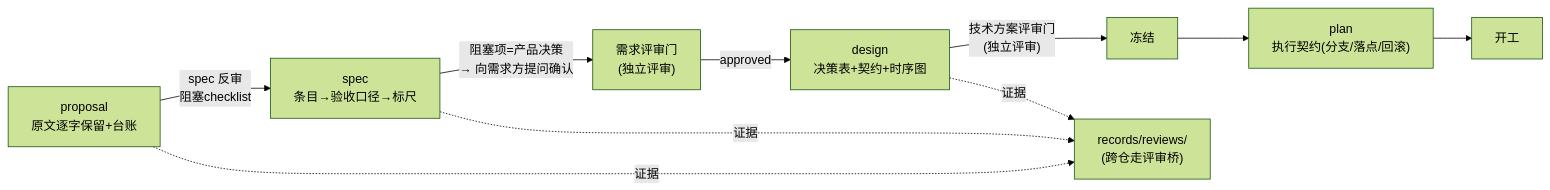
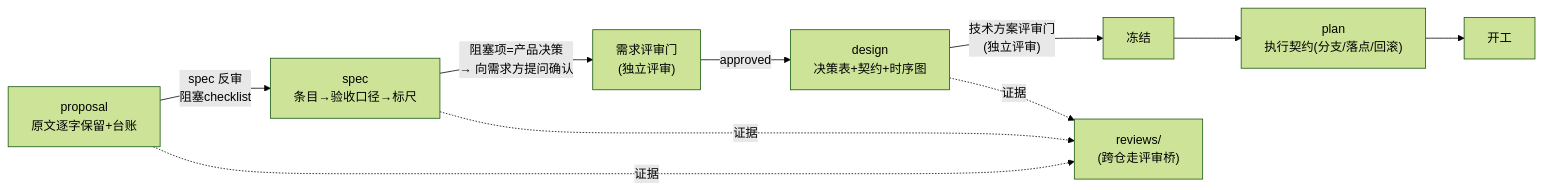
The second of 2 diagrams in docs/product/design/product-design.md (Ganseblum/agentflows), drawn with Mermaid (forest theme) before and after one commit. The commit also changed other lines of this file and 302 other files, not shown here.

````diff
--- a/docs/product/design/product-design.md
+++ b/docs/product/design/product-design.md
@@ -78,12 +78,12 @@
 ```mermaid
 flowchart LR
     P["proposal<br/>原文逐字保留+台账"] -->|"spec 反审<br/>阻塞checklist"| S["spec<br/>条目→验收口径→标尺"]
     S -->|"阻塞项=产品决策<br/>→ 向需求方提问确认"| RV1["需求评审门<br/>(独立评审)"]
     RV1 -->|"approved"| D["design<br/>决策表+契约+时序图"]
     D -->|"技术方案评审门<br/>(独立评审)"| RV2["冻结"]
     RV2 --> PL["plan<br/>执行契约(分支/落点/回滚)"]
     PL --> IMPL["开工"]
-    P -.证据.-> REV["records/reviews/<br/>(跨仓走评审桥)"]
+    P -.证据.-> REV["reviews/<br/>(跨仓走评审桥)"]
     S -.证据.-> REV
     D -.证据.-> REV
 ```
````
